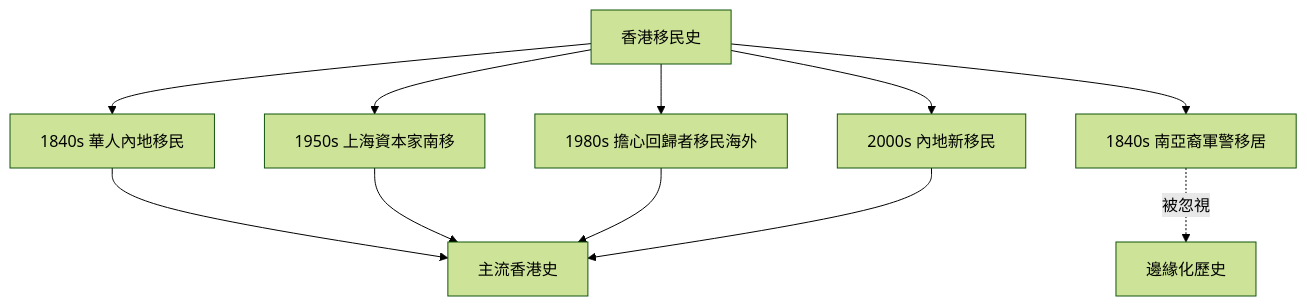
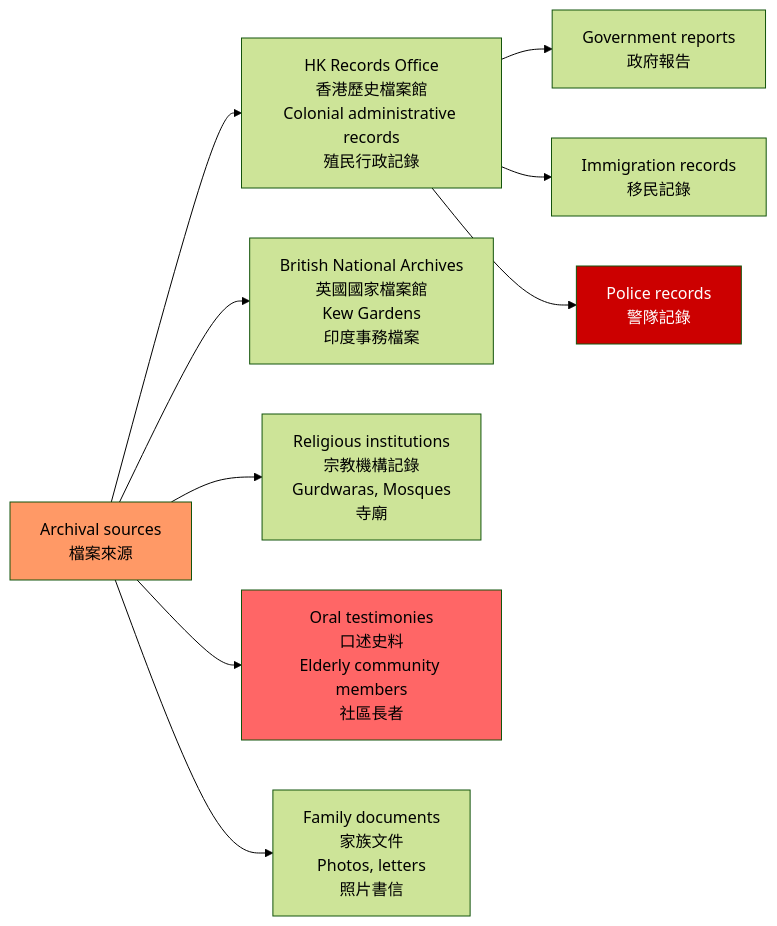
One commit to yip-lgtm/HKU-Harvard-History-Self-Study changed the third of 5 diagrams in 01_HKU_Courses/HIST4038_Migration_and_Archives.md. Above: the diagram before and after it, drawn with Mermaid (forest theme). The commit also changed other lines of this file and 25 other files, not shown here.

````diff
--- a/01_HKU_Courses/HIST4038_Migration_and_Archives.md
+++ b/01_HKU_Courses/HIST4038_Migration_and_Archives.md
@@ -145,13 +146,16 @@
 ```mermaid
-flowchart TD
-    A[香港移民史] --> B[1840s 華人內地移民]
-    A --> C[1840s 南亞裔軍警移居]
-    A --> D[1950s 上海資本家南移]
-    A --> E[1980s 擔心回歸者移民海外]
-    A --> F[2000s 內地新移民]
-    B --> G[主流香港史]
-    C -.->|被忽視| H[邊緣化歷史]
-    D --> G
-    E --> G
-    F --> G
+graph LR
+    A[Archival sources<br/>檔案來源] --> B[HK Records Office<br/>香港歷史檔案館<br/>Colonial administrative records<br/>殖民行政記錄]
+    A --> C[British National Archives<br/>英國國家檔案館<br/>Kew Gardens<br/>印度事務檔案]
+    A --> D[Religious institutions<br/>宗教機構記錄<br/>Gurdwaras, Mosques<br/>寺廟]
+    A --> E[Oral testimonies<br/>口述史料<br/>Elderly community members<br/>社區長者]
+    A --> F[Family documents<br/>家族文件<br/>Photos, letters<br/>照片書信]
+    
+    B --> G[Government reports<br/>政府報告]
+    B --> H[Immigration records<br/>移民記錄]
+    B --> I[Police records<br/>警隊記錄]
+    
+    style A fill:#f96
+    style E fill:#f66
+    style I fill:#c00,color:#fff
 ```
````
